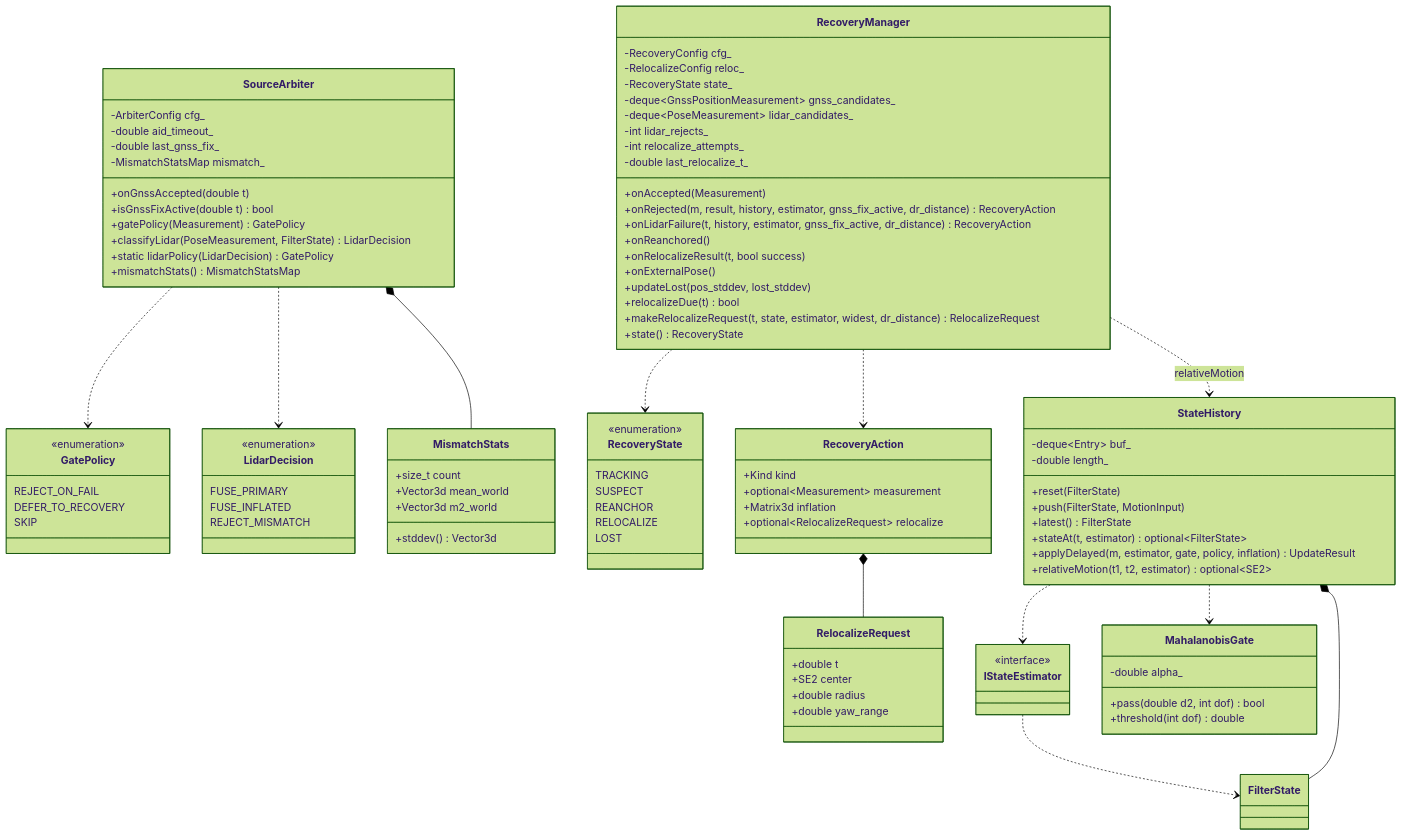
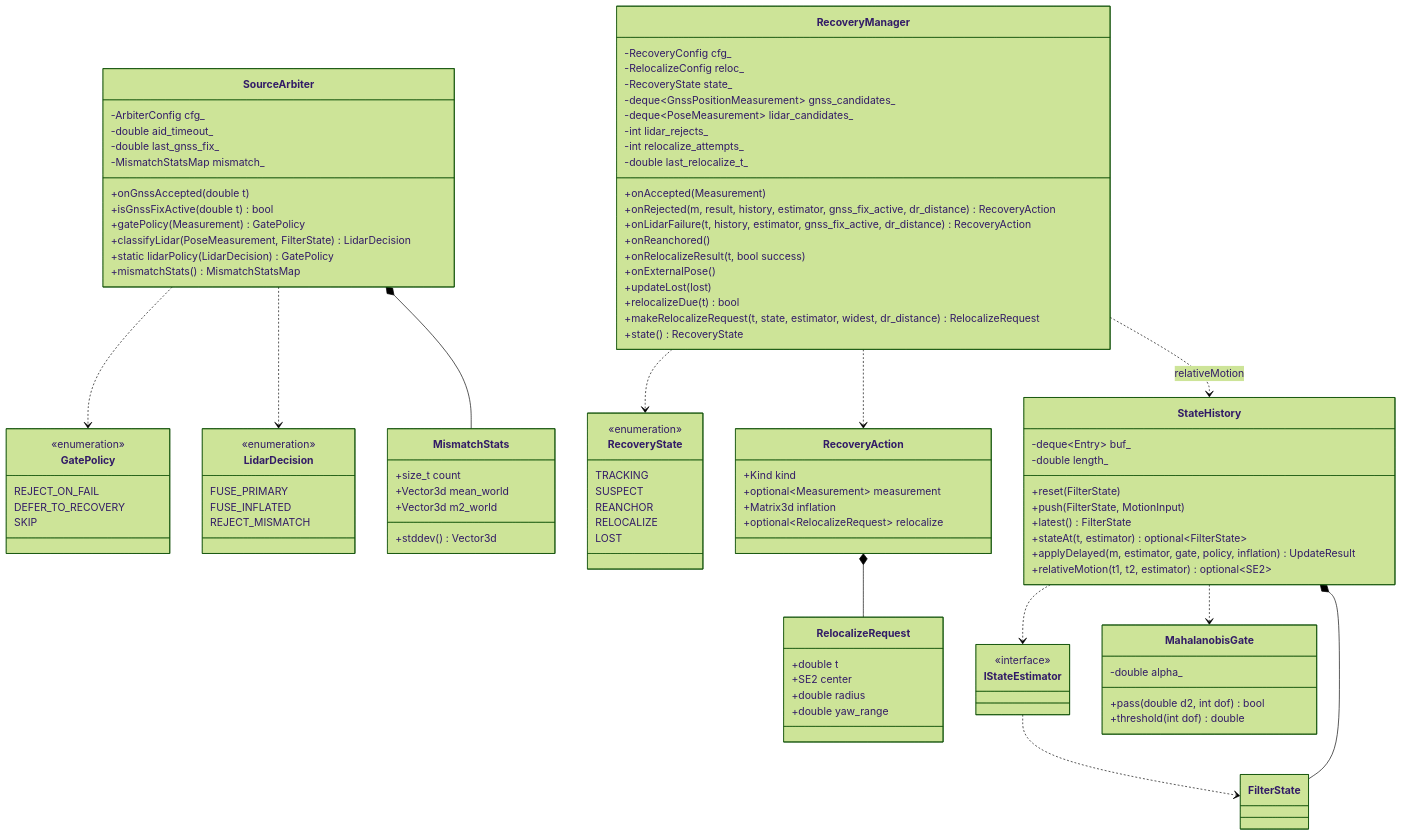
One commit to mamoru1126/gnss_and_lidar_localization changed the sixth of 15 diagrams in docs/architecture.md. Above: the diagram before and after it, drawn with Mermaid (forest theme). The commit also changed other lines of this file and 20 other files, not shown here.

```diff
--- a/docs/architecture.md
+++ b/docs/architecture.md
@@ -586,7 +586,7 @@
     +onReanchored()
     +onRelocalizeResult(t, bool success)
     +onExternalPose()
-    +updateLost(pos_stddev, lost_stddev)
+    +updateLost(lost)
     +relocalizeDue(t) bool
     +makeRelocalizeRequest(t, state, estimator, widest, dr_distance) RelocalizeRequest
     +state() RecoveryState
```
